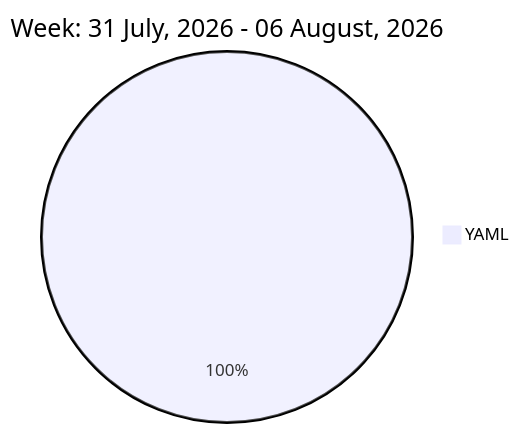
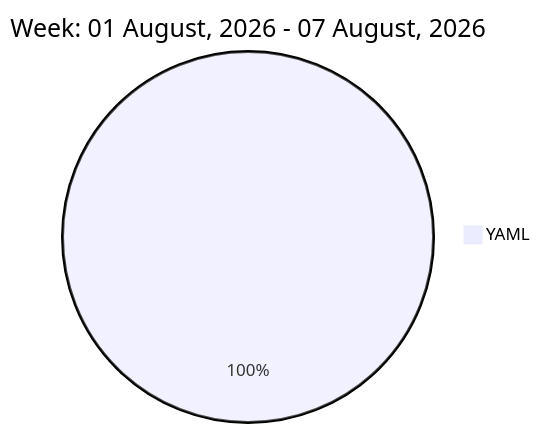
Before and after one commit to liubin95/liubin95: the diagram in README.md, drawn with Mermaid.

Commit message:
Updated the Graph with new Metrics

````diff
--- a/README.md
+++ b/README.md
@@ -32,5 +32,5 @@
 ```mermaid
  pie
-title Week: 31 July, 2026 - 06 August, 2026
- "YAML" : 4.85
+title Week: 01 August, 2026 - 07 August, 2026
+ "YAML" : 5.48
 ```
````
